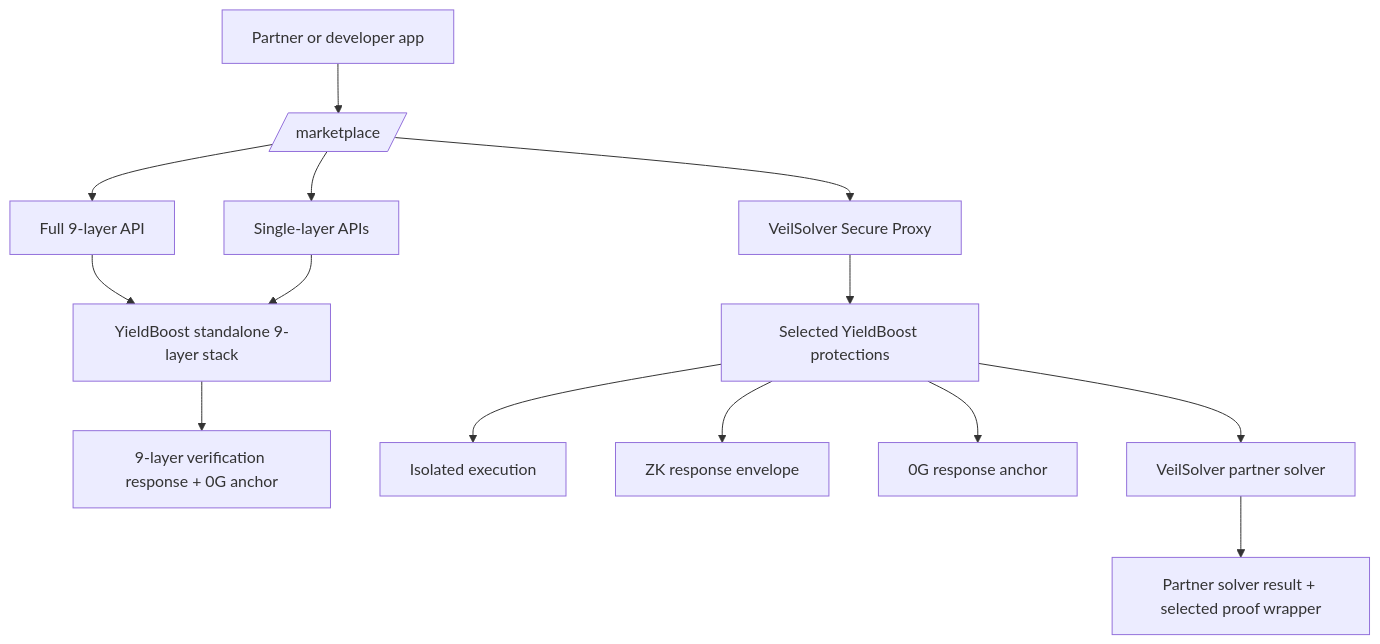
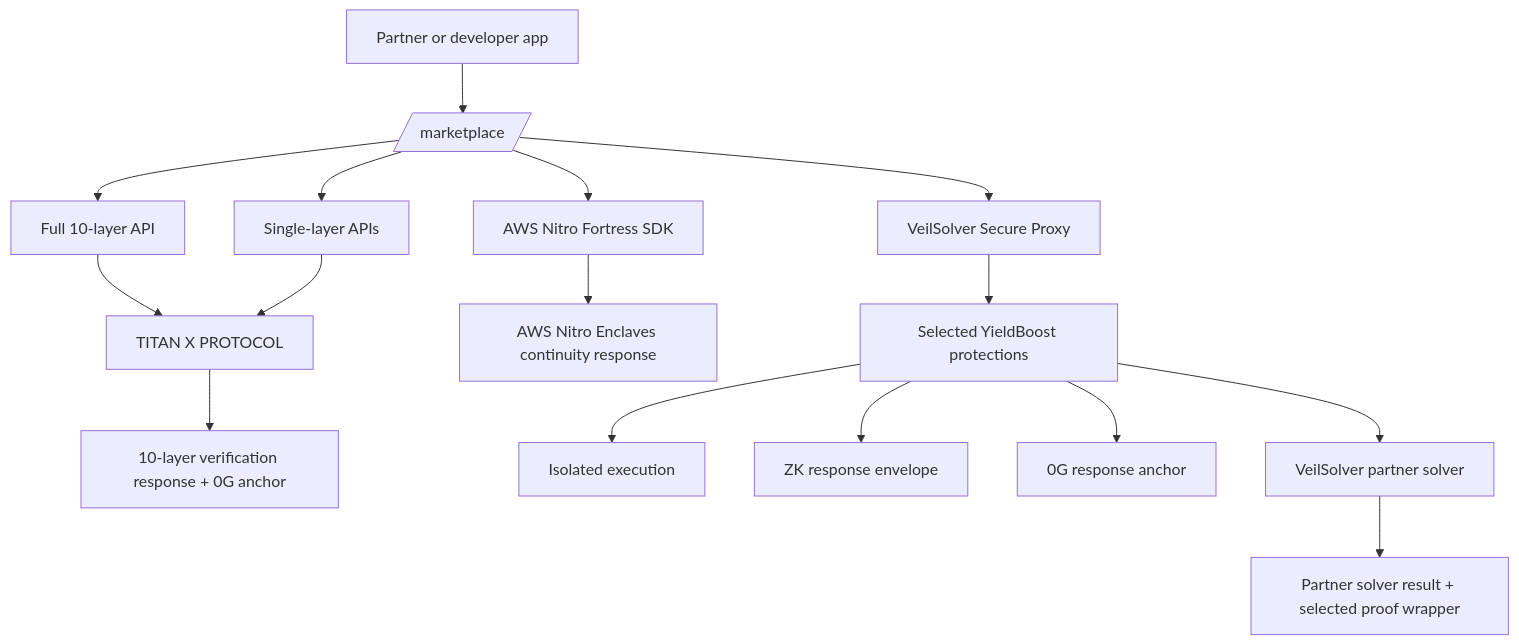
Before and after one commit to clawhubs/yieldboost: the sixth of 8 diagrams in README.md, drawn with Mermaid. The commit also changed other lines of this file and 28 other files, not shown here.

Commit message:
Promote TITAN X PROTOCOL across marketplace and proof surfaces

````diff
--- a/README.md
+++ b/README.md
@@ -528,16 +535,18 @@
 ```mermaid
 flowchart TD
     APP[Partner or developer app] --> STOREUI[/marketplace/]
-    STOREUI --> FULL[Full 9-layer API]
+    STOREUI --> FULL[Full 10-layer API]
     STOREUI --> SINGLE[Single-layer APIs]
     STOREUI --> VEIL[VeilSolver Secure Proxy]
-    FULL --> YBPIPE[YieldBoost standalone 9-layer stack]
+    STOREUI --> NITROSDK[AWS Nitro Fortress SDK]
+    FULL --> YBPIPE[TITAN X PROTOCOL]
     SINGLE --> YBPIPE
-    YBPIPE --> YBOUT[9-layer verification response + 0G anchor]
+    YBPIPE --> YBOUT[10-layer verification response + 0G anchor]
+    NITROSDK --> NITROOUT[AWS Nitro Enclaves continuity response]
     VEIL --> WRAP[Selected YieldBoost protections]
     WRAP --> ISO[Isolated execution]
     WRAP --> ZKWRAP[ZK response envelope]
     WRAP --> ANCHOR[0G response anchor]
     WRAP --> PARTNER[VeilSolver partner solver]
     PARTNER --> PARTNEROUT[Partner solver result + selected proof wrapper]
 ```
````
